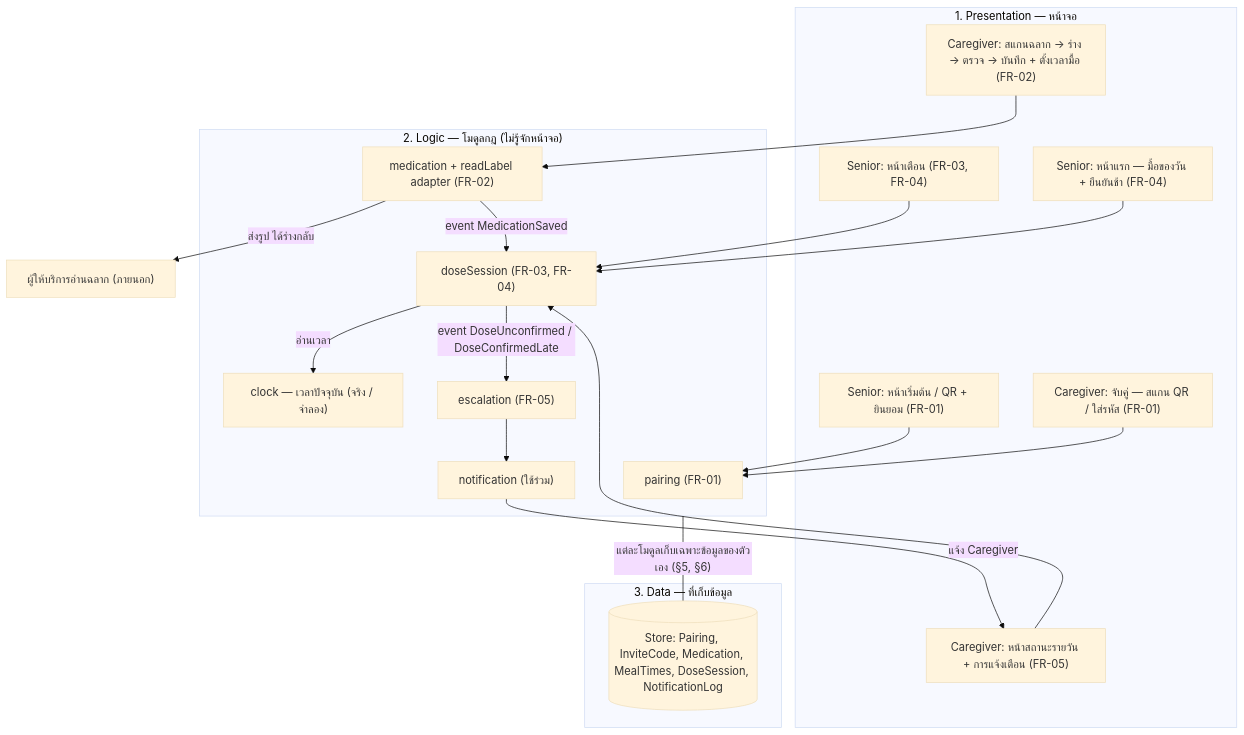
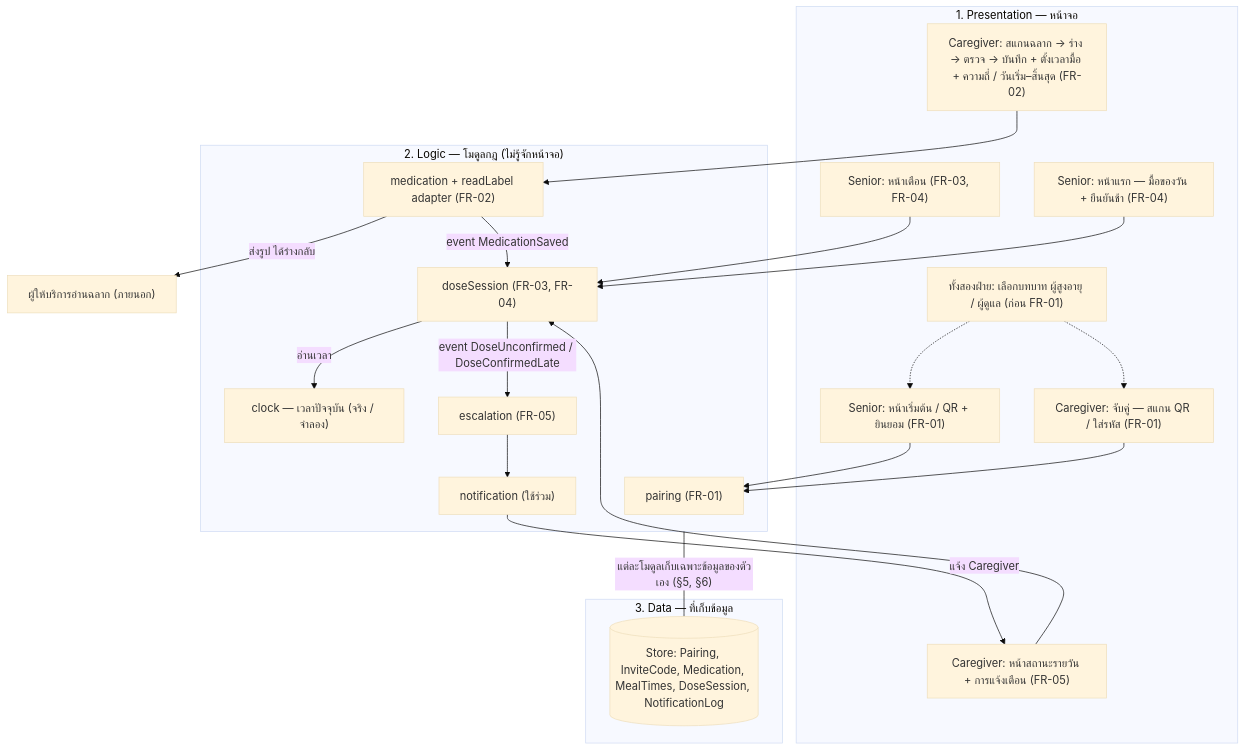
One commit to yaroo393-png/MedMind changed the first of 6 diagrams in docs/03-design/architecture.md. Above: the diagram before and after it, drawn with Mermaid (base theme). The commit also changed other lines of this file and 2 other files, not shown here.

Commit message:
Fill the demo link and bring design docs in line with the prototype
- final-report.md: replace the two "[ใส่ลิงก์ prototype เมื่อมี]"
  placeholders with the web app link.
- architecture.md: add the R0 role-select screen to the Presentation
  diagram, mention frequency and start/end dates on C2, and add
  scheduleDays / startDate / endDate to the MEDICATION entity.
- icons.js: recolor the pill mascot to the mint-blue palette
  (#2EC4C4 / #17324D) so the R0 logo matches the design canvas.

Claude-Session: https://claude.ai/code/session_0154Tu7g4DM9q181YzCmu6eo

````diff
--- a/docs/03-design/architecture.md
+++ b/docs/03-design/architecture.md
@@ -13,40 +13,43 @@
 ```mermaid
 graph TD
     subgraph P["1. Presentation — หน้าจอ"]
+        R0["ทั้งสองฝ่าย: เลือกบทบาท ผู้สูงอายุ / ผู้ดูแล (ก่อน FR-01)"]
         S1["Senior: หน้าเริ่มต้น / QR + ยินยอม (FR-01)"]
         S2["Senior: หน้าเตือน (FR-03, FR-04)"]
         S3["Senior: หน้าแรก — มื้อของวัน + ยืนยันช้า (FR-04)"]
         C1["Caregiver: จับคู่ — สแกน QR / ใส่รหัส (FR-01)"]
-        C2["Caregiver: สแกนฉลาก → ร่าง → ตรวจ → บันทึก + ตั้งเวลามื้อ (FR-02)"]
+        C2["Caregiver: สแกนฉลาก → ร่าง → ตรวจ → บันทึก + ตั้งเวลามื้อ + ความถี่ / วันเริ่ม–สิ้นสุด (FR-02)"]
         C3["Caregiver: หน้าสถานะรายวัน + การแจ้งเตือน (FR-05)"]
     end
 
     subgraph L["2. Logic — โมดูลกฎ (ไม่รู้จักหน้าจอ)"]
         M1["pairing (FR-01)"]
         M2["medication + readLabel adapter (FR-02)"]
         M3["doseSession (FR-03, FR-04)"]
         M4["escalation (FR-05)"]
         M5["notification (ใช้ร่วม)"]
         CLK["clock — เวลาปัจจุบัน (จริง / จำลอง)"]
     end
 
     subgraph D["3. Data — ที่เก็บข้อมูล"]
         DB[("Store: Pairing, InviteCode, Medication, MealTimes, DoseSession, NotificationLog")]
     end
 
     EXT["ผู้ให้บริการอ่านฉลาก (ภายนอก)"]
 
+    R0 -.-> S1
+    R0 -.-> C1
     S1 --> M1
     C1 --> M1
     C2 --> M2
     S2 --> M3
     S3 --> M3
     C3 --> M3
     M2 -->|"ส่งรูป ได้ร่างกลับ"| EXT
     M2 -->|"event MedicationSaved"| M3
     M3 -->|"อ่านเวลา"| CLK
     M3 -->|"event DoseUnconfirmed / DoseConfirmedLate"| M4
     M4 --> M5
     M5 -->|"แจ้ง Caregiver"| C3
     L ---|"แต่ละโมดูลเก็บเฉพาะข้อมูลของตัวเอง (§5, §6)"| DB
 ```
````
